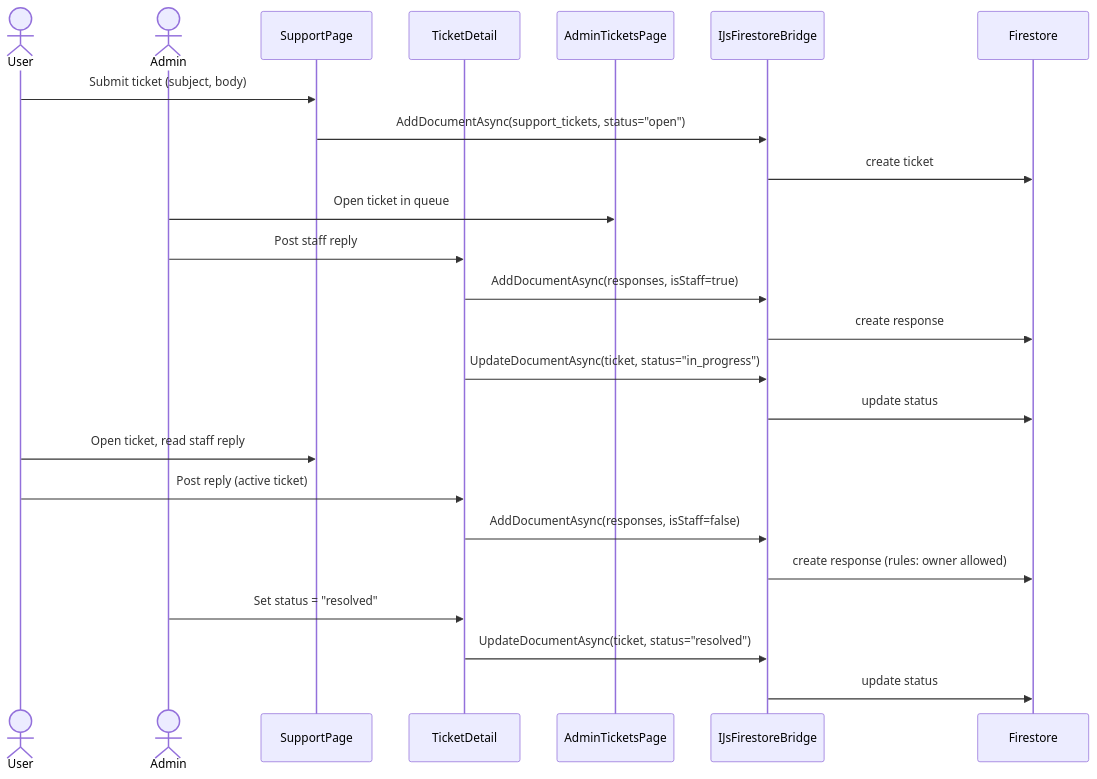
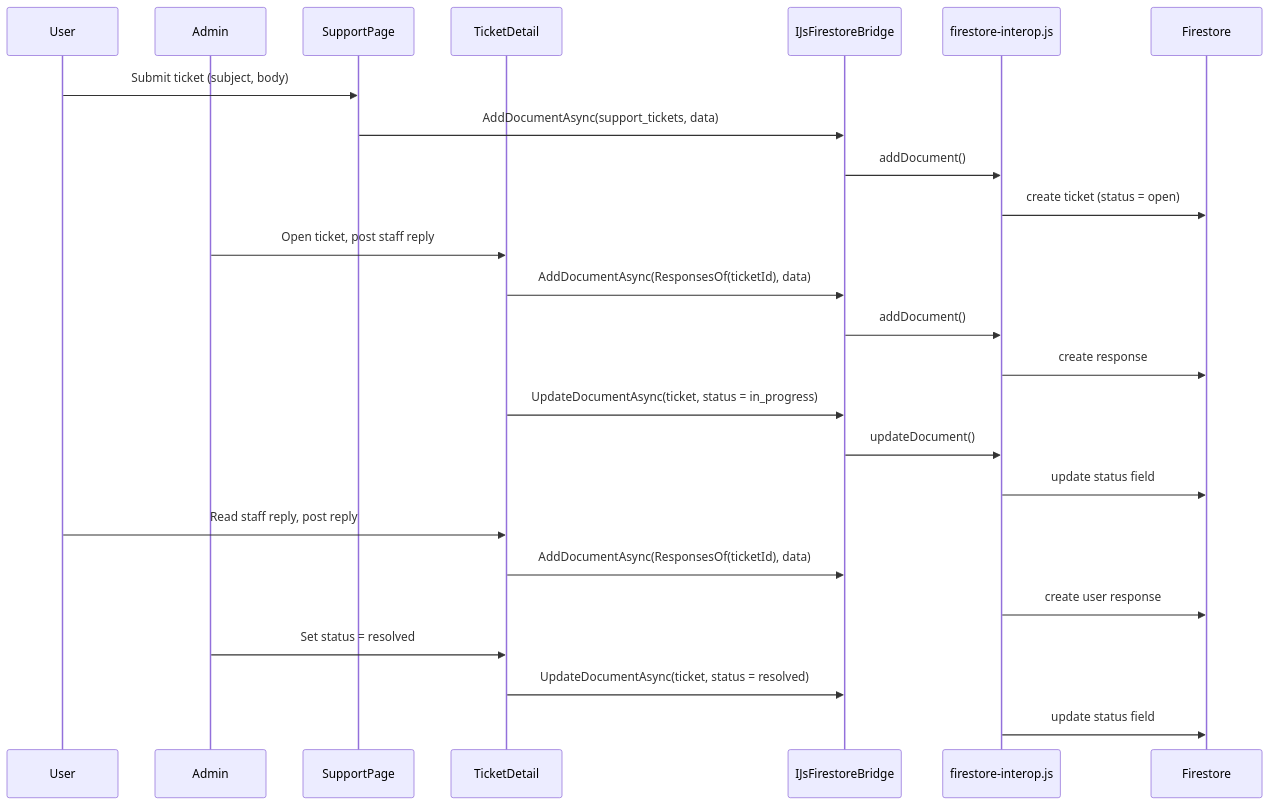
The ninth of 19 diagrams in DESIGN.md (codeHannan/Hardware-Diagnostic-Platform-Blazor), drawn with Mermaid before and after one commit. The commit also changed other lines of this file and 38 other files, not shown here.

````diff
--- a/DESIGN.md
+++ b/DESIGN.md
@@ -710,27 +809,28 @@
 ```mermaid
 sequenceDiagram
-    actor U as User
-    actor A as Admin
+    participant U as User
+    participant A as Admin
     participant SP as SupportPage
     participant TD as TicketDetail
-    participant AP as AdminTicketsPage
     participant FS as IJsFirestoreBridge
+    participant JS as firestore-interop.js
     participant DB as Firestore
 
     U->>SP: Submit ticket (subject, body)
-    SP->>FS: AddDocumentAsync(support_tickets, status="open")
-    FS->>DB: create ticket
-    A->>AP: Open ticket in queue
-    A->>TD: Post staff reply
-    TD->>FS: AddDocumentAsync(responses, isStaff=true)
-    FS->>DB: create response
-    TD->>FS: UpdateDocumentAsync(ticket, status="in_progress")
-    FS->>DB: update status
-    U->>SP: Open ticket, read staff reply
-    U->>TD: Post reply (active ticket)
-    TD->>FS: AddDocumentAsync(responses, isStaff=false)
-    FS->>DB: create response (rules: owner allowed)
-    A->>TD: Set status = "resolved"
-    TD->>FS: UpdateDocumentAsync(ticket, status="resolved")
-    FS->>DB: update status
+    SP->>FS: AddDocumentAsync(support_tickets, data)
+    FS->>JS: addDocument()
+    JS->>DB: create ticket (status = open)
+    A->>TD: Open ticket, post staff reply
+    TD->>FS: AddDocumentAsync(ResponsesOf(ticketId), data)
+    FS->>JS: addDocument()
+    JS->>DB: create response
+    TD->>FS: UpdateDocumentAsync(ticket, status = in_progress)
+    FS->>JS: updateDocument()
+    JS->>DB: update status field
+    U->>TD: Read staff reply, post reply
+    TD->>FS: AddDocumentAsync(ResponsesOf(ticketId), data)
+    JS->>DB: create user response
+    A->>TD: Set status = resolved
+    TD->>FS: UpdateDocumentAsync(ticket, status = resolved)
+    JS->>DB: update status field
 ```
````
